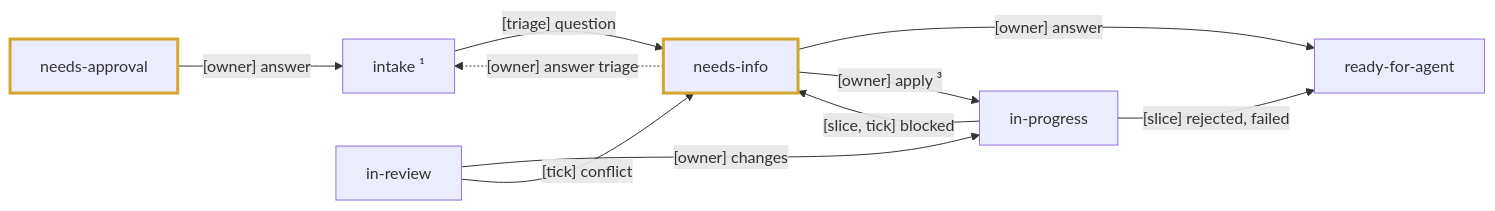
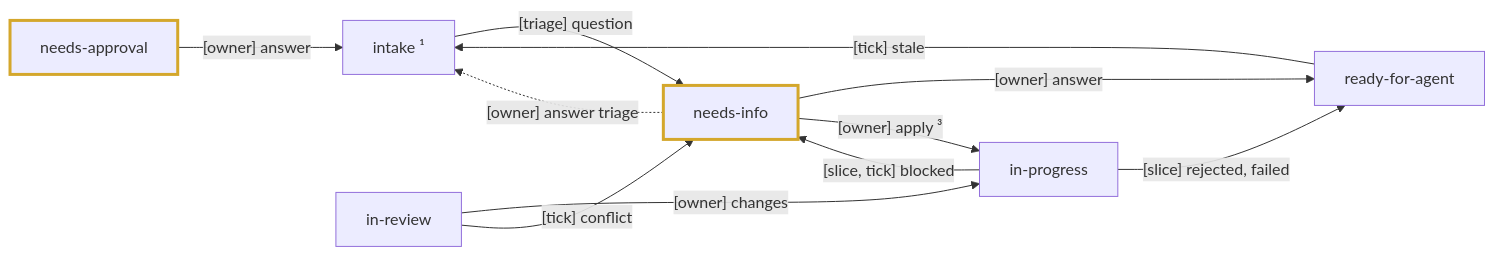
Before and after one commit to dvalnn/maestro: the fifth of 5 diagrams in docs/agents/factory.md, drawn with Mermaid. The commit also changed other lines of this file and 7 other files, not shown here.

````diff
--- a/docs/agents/factory.md
+++ b/docs/agents/factory.md
@@ -192,15 +194,16 @@
 ```mermaid
 flowchart LR
     IN["intake ¹"] -->|"[triage] question"| NI["needs-info"]
+    RA -->|"[tick] stale"| IN
     NA["needs-approval"] -->|"[owner] answer"| IN
     IP["in-progress"] -->|"[slice, tick] blocked"| NI
     NI -->|"[owner] answer"| RA["ready-for-agent"]
     NI -.->|"[owner] answer triage"| IN
     NI -->|"[owner] apply ³"| IP
     IP -->|"[slice] rejected, failed"| RA
     IR["in-review"] -->|"[owner] changes"| IP
     IR -->|"[tick] conflict"| NI
 
     classDef owner stroke:#d4a72c,stroke-width:3px
     class NA,NI owner
 ```
````
